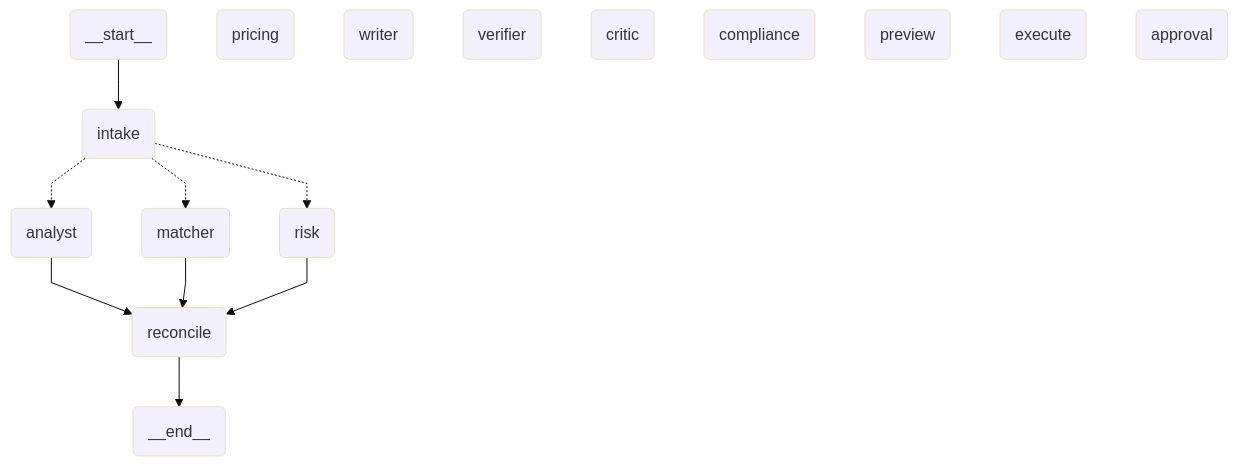
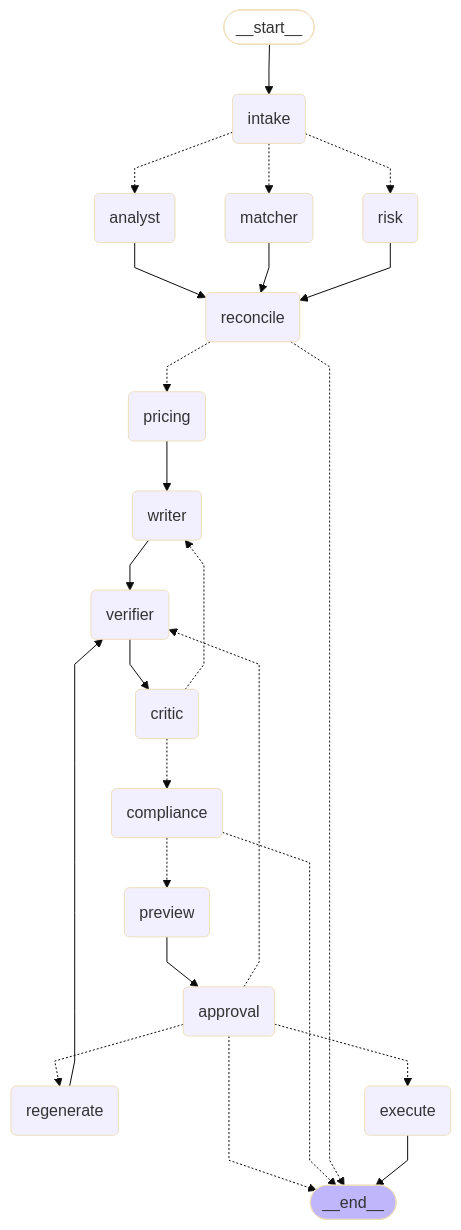
One commit to muhammad-moiz-ansari/gigbid changed the diagram in docs/images/bid.mmd. Above: the diagram before and after it, drawn with Mermaid (base theme). The commit also changed 30 other files, not shown here.

First line of the commit message:
feat: implement durable bid graph with grounded approvals

```diff
--- a/docs/images/bid.mmd
+++ b/docs/images/bid.mmd
@@ -1,32 +1,48 @@
 ---
 config:
   flowchart:
     curve: linear
 ---
 graph TD;
-	__start__(<p>__start__</p>)
+	__start__([<p>__start__</p>]):::first
 	intake(intake)
 	analyst(analyst)
 	risk(risk)
 	matcher(matcher)
 	reconcile(reconcile)
 	pricing(pricing)
 	writer(writer)
 	verifier(verifier)
 	critic(critic)
 	compliance(compliance)
 	preview(preview)
+	regenerate(regenerate)
+	approval(approval)
 	execute(execute)
-	approval(approval)
-	__end__(<p>__end__</p>)
+	__end__([<p>__end__</p>]):::last
 	__start__ --> intake;
 	analyst --> reconcile;
+	approval -.-> __end__;
+	approval -.-> execute;
+	approval -.-> regenerate;
+	approval -.-> verifier;
+	compliance -.-> __end__;
+	compliance -.-> preview;
+	critic -.-> compliance;
+	critic -.-> writer;
 	intake -.-> analyst;
 	intake -.-> matcher;
 	intake -.-> risk;
 	matcher --> reconcile;
+	preview --> approval;
+	pricing --> writer;
+	reconcile -.-> __end__;
+	reconcile -.-> pricing;
+	regenerate --> verifier;
 	risk --> reconcile;
-	reconcile --> __end__;
+	verifier --> critic;
+	writer --> verifier;
+	execute --> __end__;
 	classDef default fill:#f2f0ff,line-height:1.2
 	classDef first fill-opacity:0
 	classDef last fill:#bfb6fc
```
